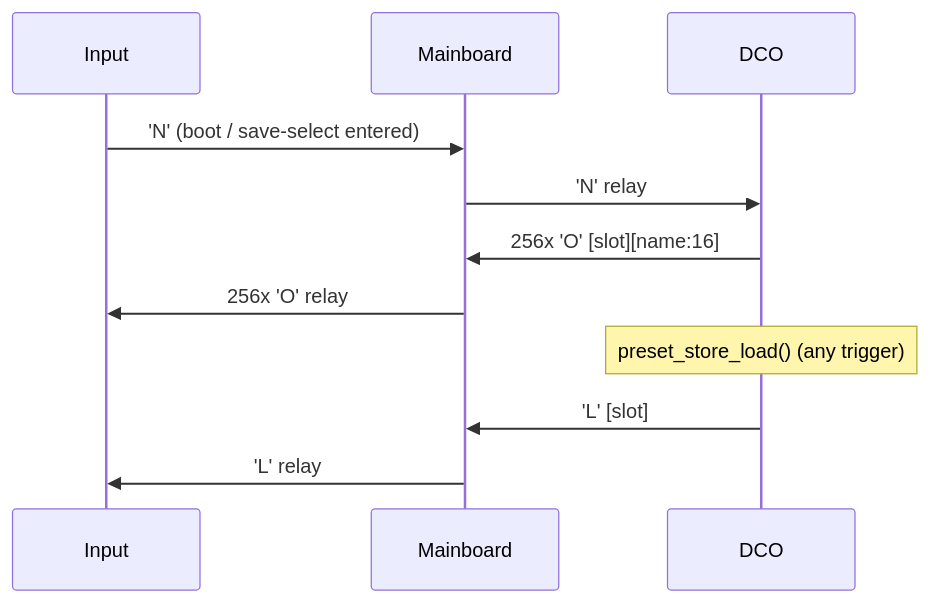
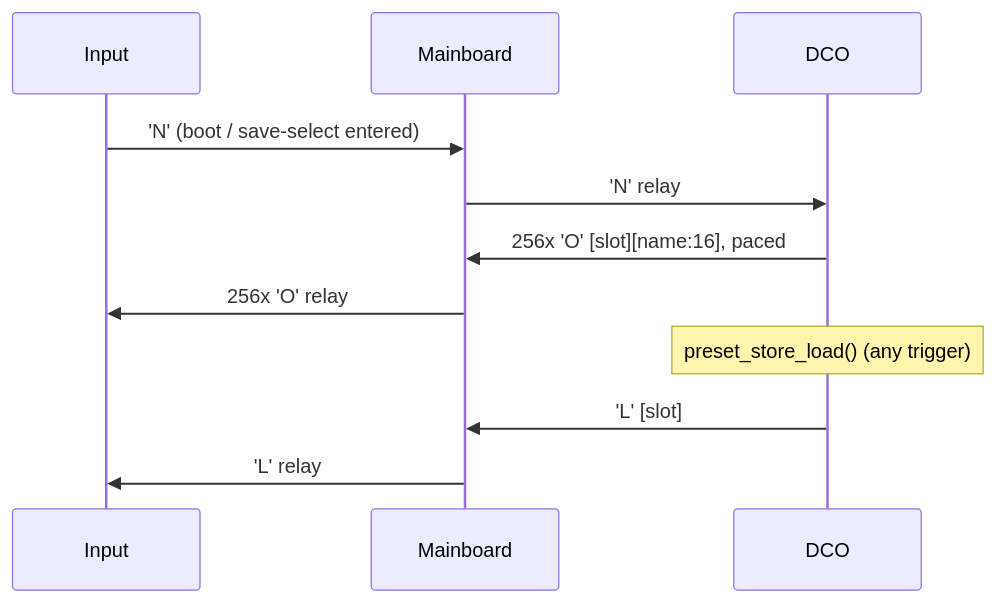
The diagram in docs/PRESET_STORE.md (felipegaspari/DCO4-REBORN-DCO), drawn with Mermaid before and after one commit. The commit also changed other lines of this file and 27 other files, not shown here.

````diff
--- a/docs/PRESET_STORE.md
+++ b/docs/PRESET_STORE.md
@@ -136,13 +41,13 @@
 ```mermaid
 sequenceDiagram
   participant I as Input
   participant M as Mainboard
   participant D as DCO
   I->>M: 'N' (boot / save-select entered)
   M->>D: 'N' relay
-  D->>M: 256x 'O' [slot][name:16]
+  D->>M: 256x 'O' [slot][name:16], paced
   M->>I: 256x 'O' relay
   Note over D: preset_store_load() (any trigger)
   D->>M: 'L' [slot]
   M->>I: 'L' relay
 ```
````
